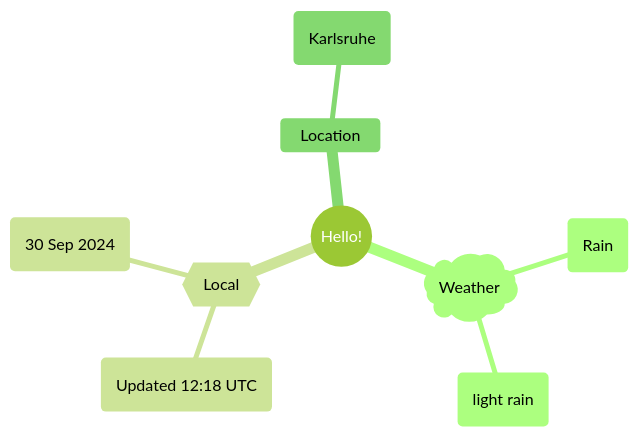
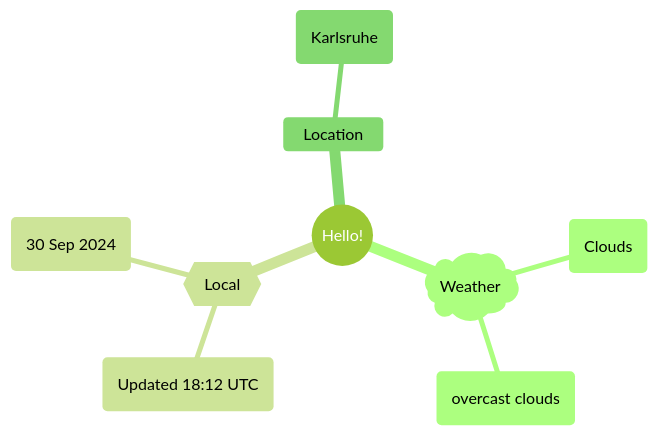
Before and after one commit to Xosrov/Xosrov: the first of 2 diagrams in README.md, drawn with Mermaid (forest theme).

Commit message:
[bot] updated images

````diff
--- a/README.md
+++ b/README.md
@@ -3,12 +3,12 @@
 ```mermaid
 mindmap
   root((Hello!))
     )Weather(
-        (Rain)
-        (light rain)
+        (Clouds)
+        (overcast clouds)
     {{Local}}
-        (Updated 12:18 UTC)
+        (Updated 18:12 UTC)
         (30 Sep 2024)
     Location
         (Karlsruhe)
 ```
````
